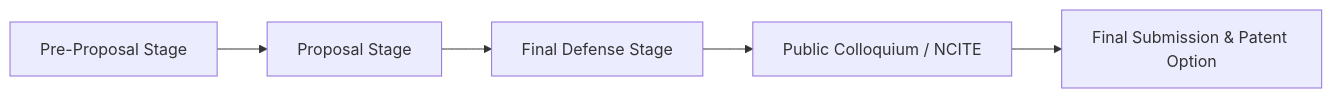
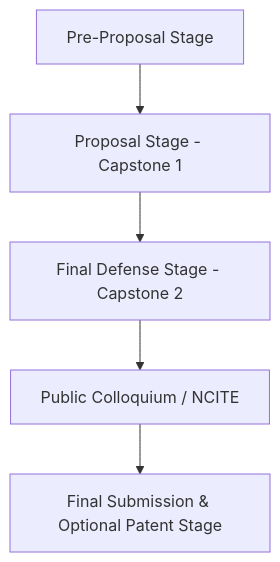
Before and after one commit to koohdev/Project-X: the diagram in .agents/skills/dct-ccs-capstone-guide/references/01-program-and-governance.md, drawn with Mermaid. The commit also changed other lines of this file and 13 other files, not shown here.

````diff
--- a/.agents/skills/dct-ccs-capstone-guide/references/01-program-and-governance.md
+++ b/.agents/skills/dct-ccs-capstone-guide/references/01-program-and-governance.md
@@ -55,7 +61,7 @@
 ```mermaid
-graph LR
-    A[Pre-Proposal Stage] --> B[Proposal Stage]
-    B --> C[Final Defense Stage]
+graph TD
+    A[Pre-Proposal Stage] --> B[Proposal Stage - Capstone 1]
+    B --> C[Final Defense Stage - Capstone 2]
     C --> D[Public Colloquium / NCITE]
-    D --> E[Final Submission & Patent Option]
+    D --> E[Final Submission & Optional Patent Stage]
 ```
````
